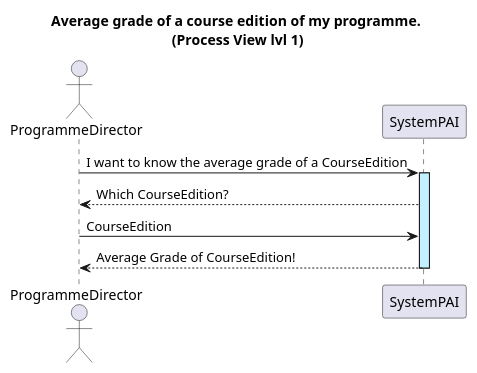
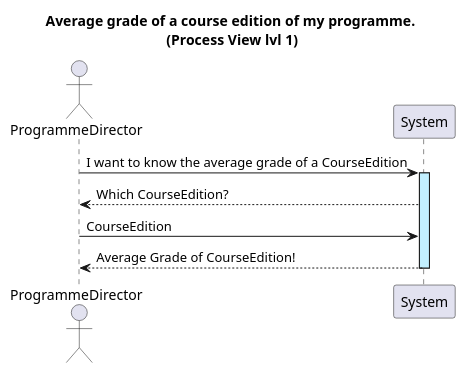
One commit to GasparISEP/DevOps-PAI changed the diagram in docs/US25/REST_API/ProcessView/Level1.puml. Above: the diagram before and after it, drawn with PlantUML.

Commit message:
Update Level1 ProcessView Diagram with new insights. Refs #579

```diff
--- a/docs/US25/REST_API/ProcessView/Level1.puml
+++ b/docs/US25/REST_API/ProcessView/Level1.puml
@@ -1,11 +1,11 @@
 @startuml
 title Average grade of a course edition of my programme. \n(Process View lvl 1)
 
 actor ProgrammeDirector as PD
-participant SystemPAI as System
+participant System as System
 
 PD -> System ++ #application: I want to know the average grade of a CourseEdition
 System --> PD: Which CourseEdition?
 PD -> System: CourseEdition
 System --> PD --: Average Grade of CourseEdition!
 @enduml
```
